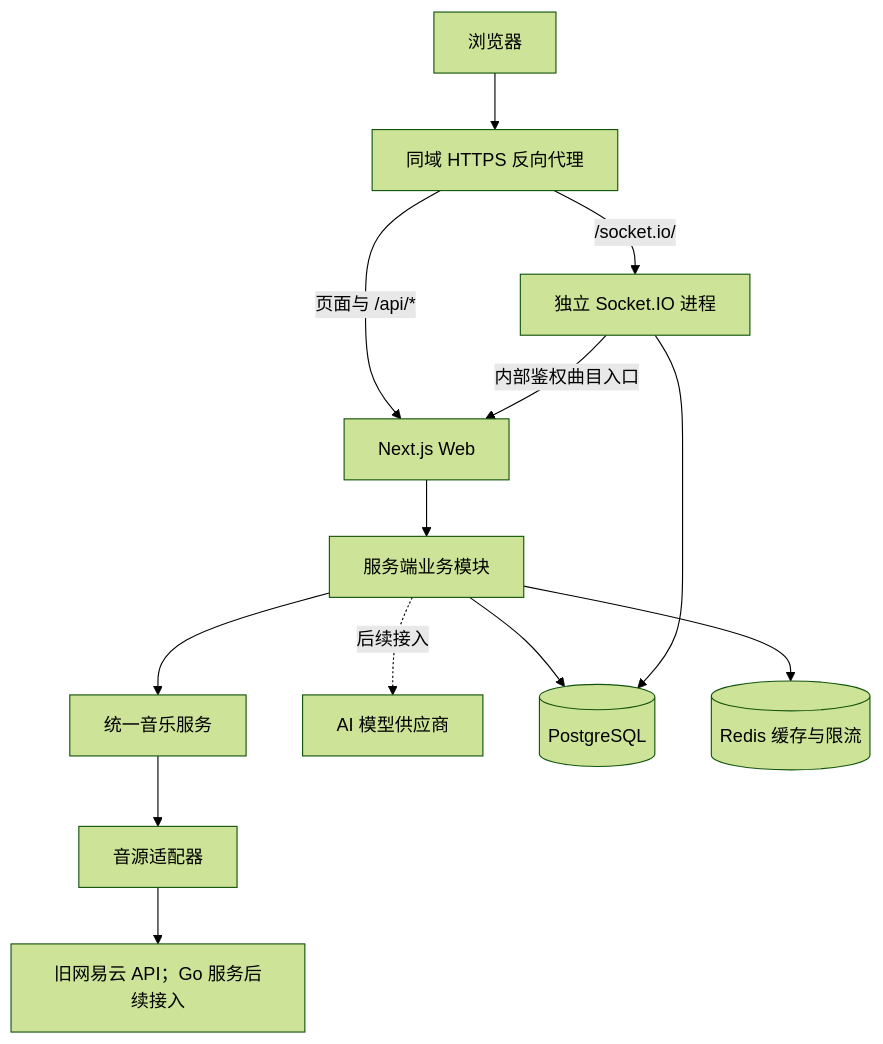
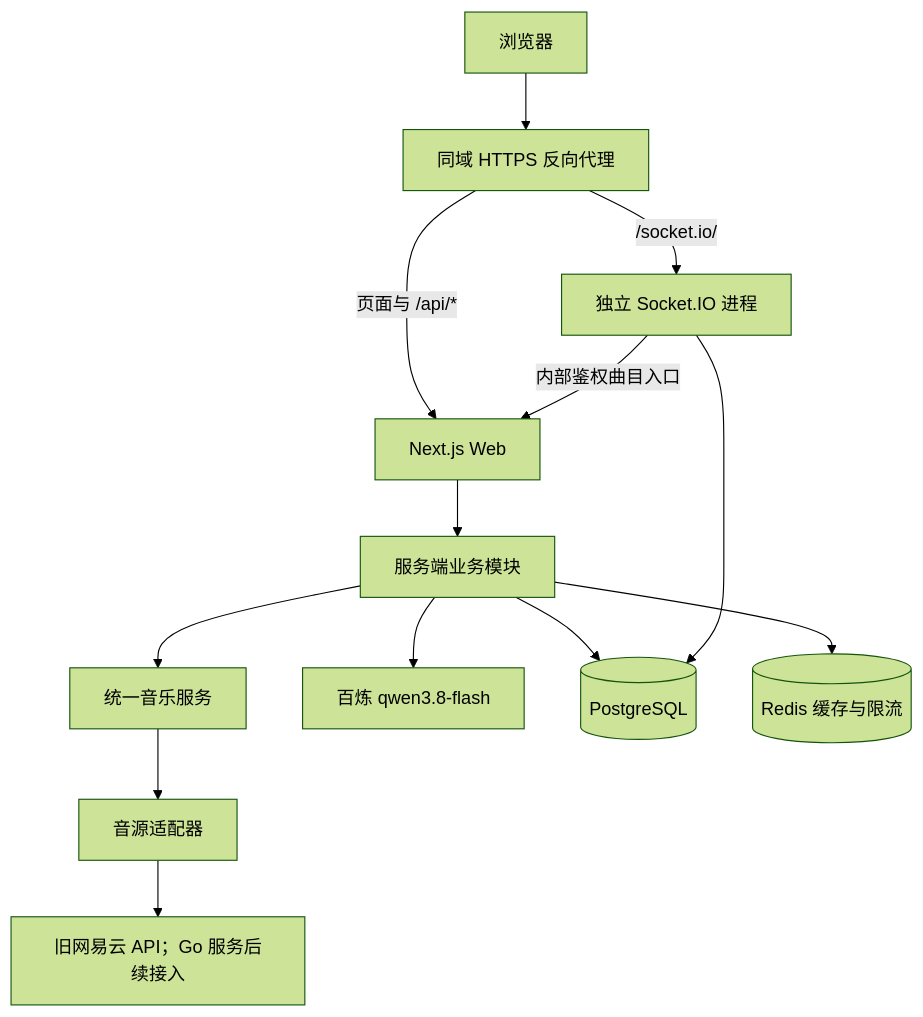
The first of 2 diagrams in docs/服务端设计.md (NaClzzz/POOL), drawn with Mermaid (forest theme) before and after one commit. The commit also changed other lines of this file and 46 other files, not shown here.

````diff
--- a/docs/服务端设计.md
+++ b/docs/服务端设计.md
@@ -11,15 +11,15 @@
 ```mermaid
 flowchart TD
     Browser[浏览器] --> Entry[同域 HTTPS 反向代理]
     Entry -->|页面与 /api/*| Web[Next.js Web]
     Entry -->|/socket.io/| Socket[独立 Socket.IO 进程]
     Web --> Services[服务端业务模块]
     Services --> Music[统一音乐服务]
     Music --> Adapter[音源适配器]
     Adapter --> Upstream[旧网易云 API；Go 服务后续接入]
-    Services -. 后续接入 .-> Model[AI 模型供应商]
+    Services --> Model[百炼 qwen3.8-flash]
     Socket -->|内部鉴权曲目入口| Web
     Services --> DB[(PostgreSQL)]
     Services --> Redis[(Redis 缓存与限流)]
     Socket --> DB
 ```
````
